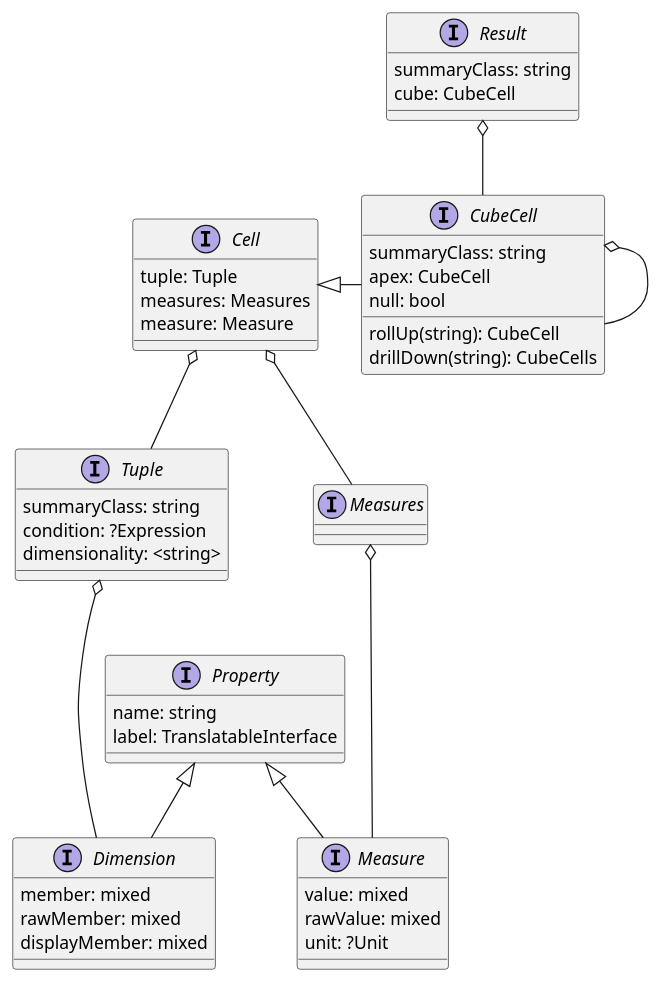
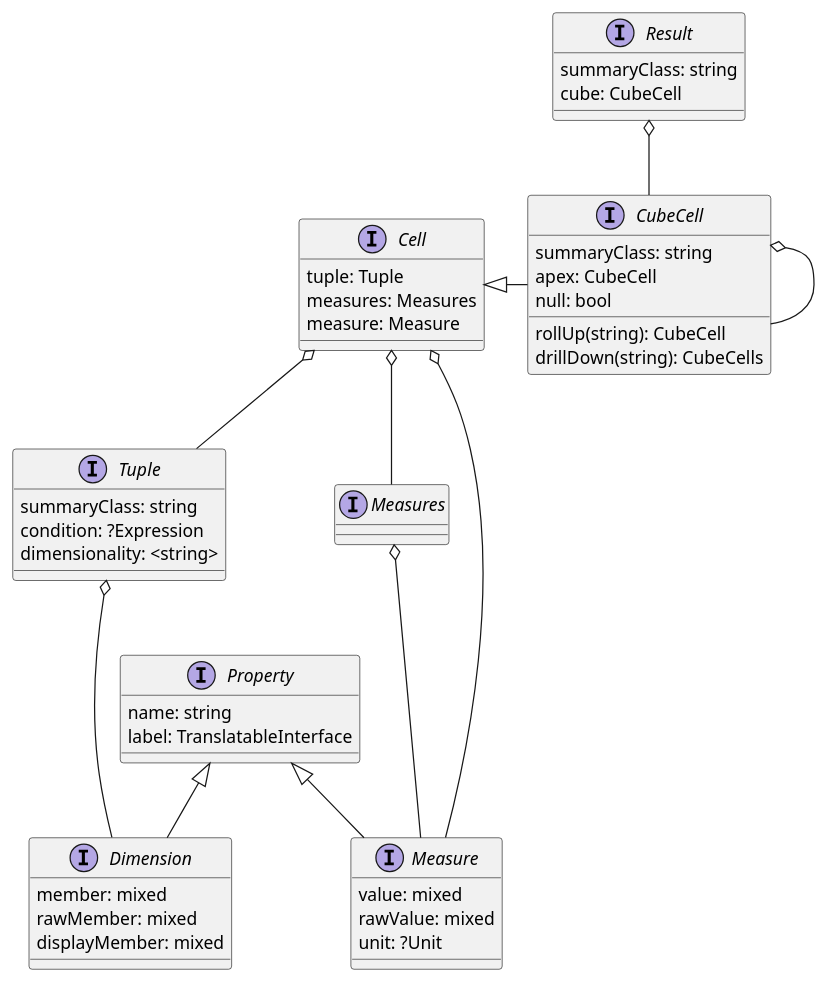
Before and after one commit to rekalogika/rekalogika-docs: the diagram in docs/analytics/04-query/diagrams/cube.puml, drawn with PlantUML. The commit also changed 3 other files, not shown here.

```diff
--- a/docs/analytics/04-query/diagrams/cube.puml
+++ b/docs/analytics/04-query/diagrams/cube.puml
@@ -1,64 +1,65 @@
 @startuml
 
 interface Result {
     summaryClass: string
     cube: CubeCell
 }
 
 Result o-- CubeCell
 
 interface Cell {
     tuple: Tuple
     measures: Measures
     measure: Measure
 }
 
 Cell o-- Tuple
 Cell o-- Measures
+Cell o-- Measure
 
 interface CubeCell {
     summaryClass: string
     apex: CubeCell
     null: bool
     rollUp(string): CubeCell
     drillDown(string): CubeCells
 }
 
 Cell <|- CubeCell
 CubeCell o-- CubeCell
 
 interface Property {
     name: string
     label: TranslatableInterface
 }
 
 interface Dimension {
     member: mixed
     rawMember: mixed
     displayMember: mixed
 }
 
 Property <|-- Dimension
 
 interface Measure {
     value: mixed
     rawValue: mixed
     unit: ?Unit
 }
 
 Property <|-- Measure
 
 interface Tuple {
     summaryClass: string
     condition: ?Expression
     dimensionality: <string>
 }
 
 Tuple o--- Dimension
 
 interface Measures {
 }
 
 Measures o--- Measure
 
 @endu
```
